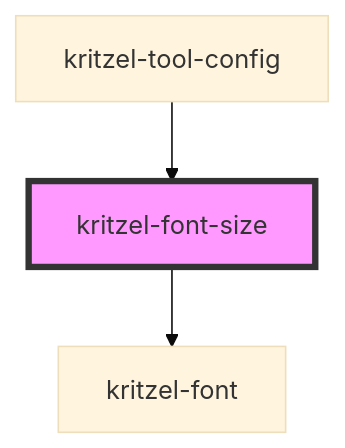
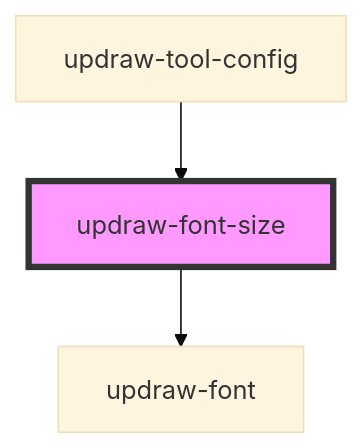
One commit to kasual1/kritzel changed the diagram in libs/editor/core/src/components/updraw-font-size/readme.md. Above: the diagram before and after it, drawn with Mermaid (base theme). The commit also changed other lines of this file and 1129 other files, not shown here.

First line of the commit message:
Replace kritzel with updraw across the codebase

````diff
--- a/libs/editor/core/src/components/updraw-font-size/readme.md
+++ b/libs/editor/core/src/components/updraw-font-size/readme.md
@@ -35,6 +35,6 @@
 ```mermaid
 graph TD;
-  kritzel-font-size --> kritzel-font
-  kritzel-tool-config --> kritzel-font-size
-  style kritzel-font-size fill:#f9f,stroke:#333,stroke-width:4px
+  updraw-font-size --> updraw-font
+  updraw-tool-config --> updraw-font-size
+  style updraw-font-size fill:#f9f,stroke:#333,stroke-width:4px
 ```
````
